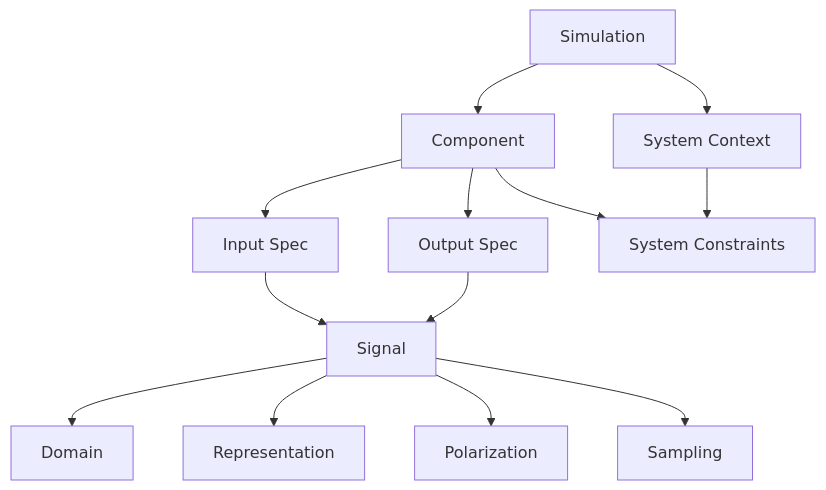
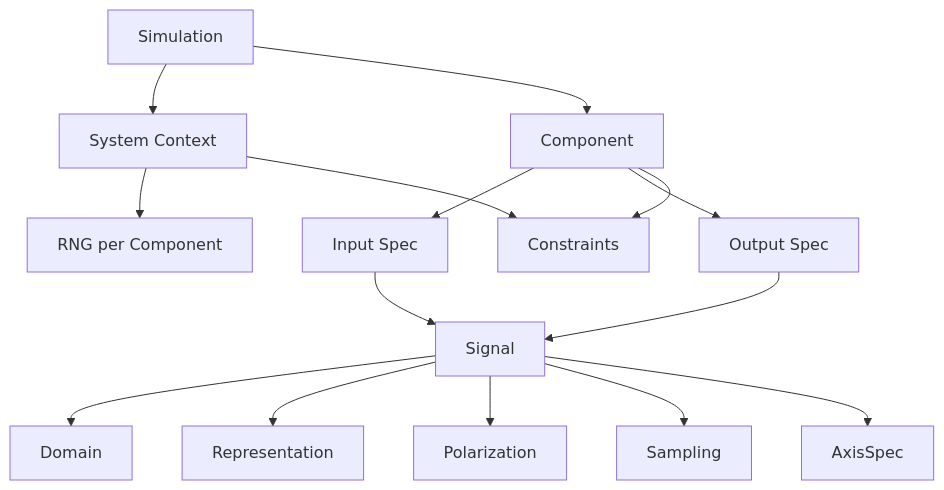
One commit to gbozelli/PyCOSim changed the sixth of 6 diagrams in docs/01-class/RFC_0001_Signal_System_Component_Architecture.md. Above: the diagram before and after it, drawn with Mermaid. The commit also changed other lines of this file, not shown here.

````diff
--- a/docs/01-class/RFC_0001_Signal_System_Component_Architecture.md
+++ b/docs/01-class/RFC_0001_Signal_System_Component_Architecture.md
@@ -2110,33 +2460,37 @@
 ``` mermaid
 flowchart TD
     S["Simulation"]
     SYS["System Context"]
+    RNG["RNG per Component"]
 
     SIG["Signal"]
     DOM["Domain"]
     REP["Representation"]
     POL["Polarization"]
     SAM["Sampling"]
+    AX["AxisSpec"]
 
     COMP["Component"]
     IN["Input Spec"]
     OUT["Output Spec"]
-    CON["System Constraints"]
+    CON["Constraints"]
 
     S --> SYS
     S --> COMP
+    SYS --> RNG
 
     SIG --> DOM
     SIG --> REP
     SIG --> POL
     SIG --> SAM
+    SIG --> AX
 
     COMP --> IN
     COMP --> OUT
     COMP --> CON
 
     SYS --> CON
 
     IN --> SIG
     OUT --> SIG
 ```
````
